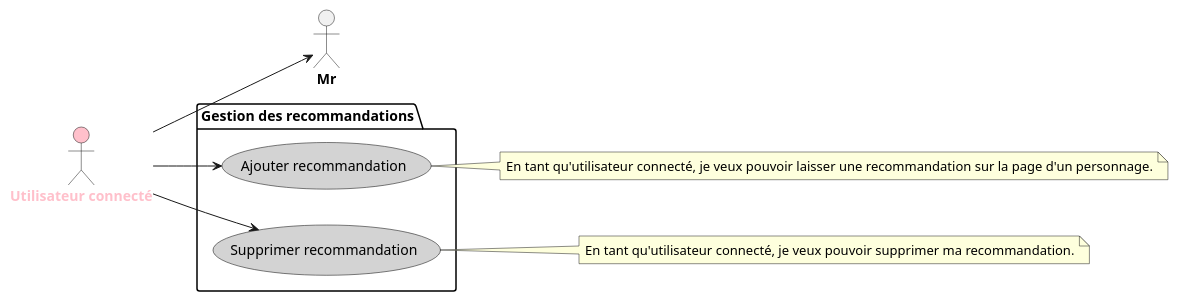
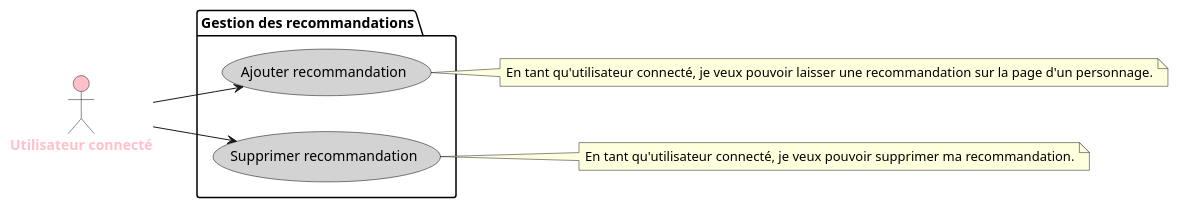
Before and after one commit to fledgless/Fortuna-Nexus: the diagram in public/conception/diagrams/user stories/UserRecommandation.puml, drawn with PlantUML. The commit also changed 6 other files, not shown here.

```diff
--- a/public/conception/diagrams/user stories/UserRecommandation.puml
+++ b/public/conception/diagrams/user stories/UserRecommandation.puml
@@ -1,29 +1,28 @@
 @startuml UserStory=UserRecommandation
 
 left to right direction
 skinparam actorFontStyle bold
 skinparam usecase {
     BackgroundColor YellowGreen
     BorderColor Black
 }
 
 actor "Utilisateur connecté" as U #Pink;text:Pink
 package "Gestion des recommandations" {
     usecase "Ajouter recommandation" as Ar #LightGray;text:Black
     usecase "Supprimer recommandation" as Sr #LightGray;text:Black
 }
 
 ' Relations entre acteurs et cas d'utilisation
 U --> Ar
-U --> Mr
 U --> Sr
 
 ' Description des cas d'utilisation
 note right of Ar
     En tant qu'utilisateur connecté, je veux pouvoir laisser une recommandation sur la page d'un personnage.
 end note
 note right of Sr
     En tant qu'utilisateur connecté, je veux pouvoir supprimer ma recommandation.
 end note
 
 @enduml
```
